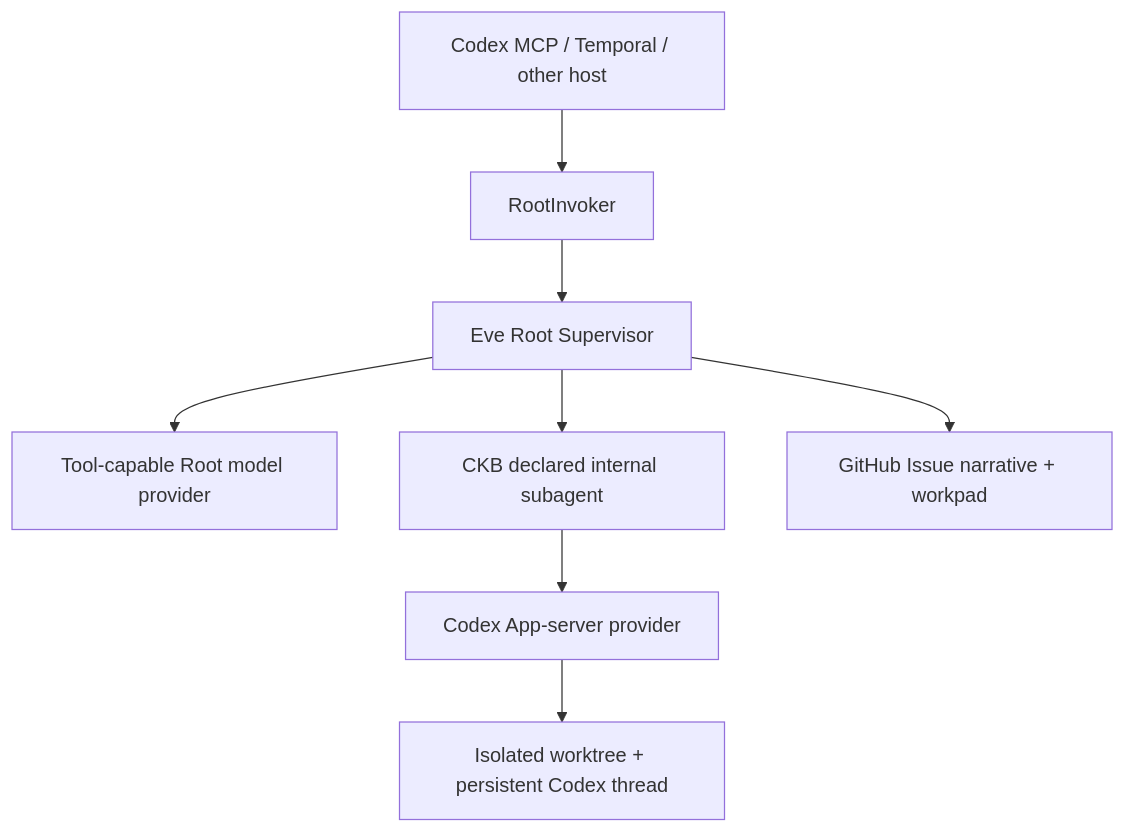
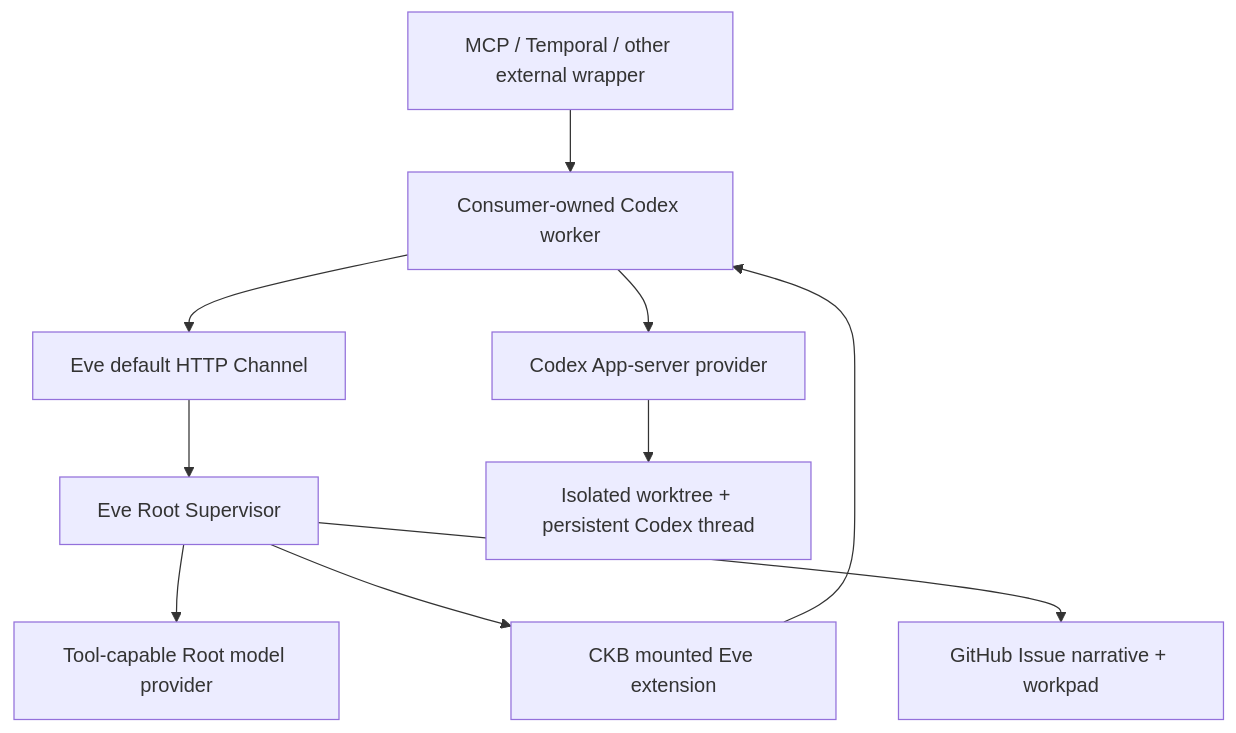
Before and after one commit to Alive24/FailureReport: the diagram in README.md, drawn with Mermaid. The commit also changed other lines of this file and 132 other files, not shown here.

````diff
--- a/README.md
+++ b/README.md
@@ -14,10 +15,12 @@
 ```mermaid
 flowchart TD
-  M["Codex MCP / Temporal / other host"] --> P["RootInvoker"]
-  P --> E["Eve Root Supervisor"]
+  M["MCP / Temporal / other external wrapper"] --> C["Eve Channel client"]
+  C --> H["Eve default HTTP Channel"]
+  H --> E["Eve Root Supervisor"]
   E --> R["Tool-capable Root model provider"]
-  E --> C["CKB declared internal subagent"]
+  E --> X["CKB mounted Eve extension"]
   E --> I["GitHub Issue narrative + workpad"]
+  X --> C["Consumer-owned Codex worker"]
   C --> A["Codex App-server provider"]
   A --> W["Isolated worktree + persistent Codex thread"]
 ```
````
